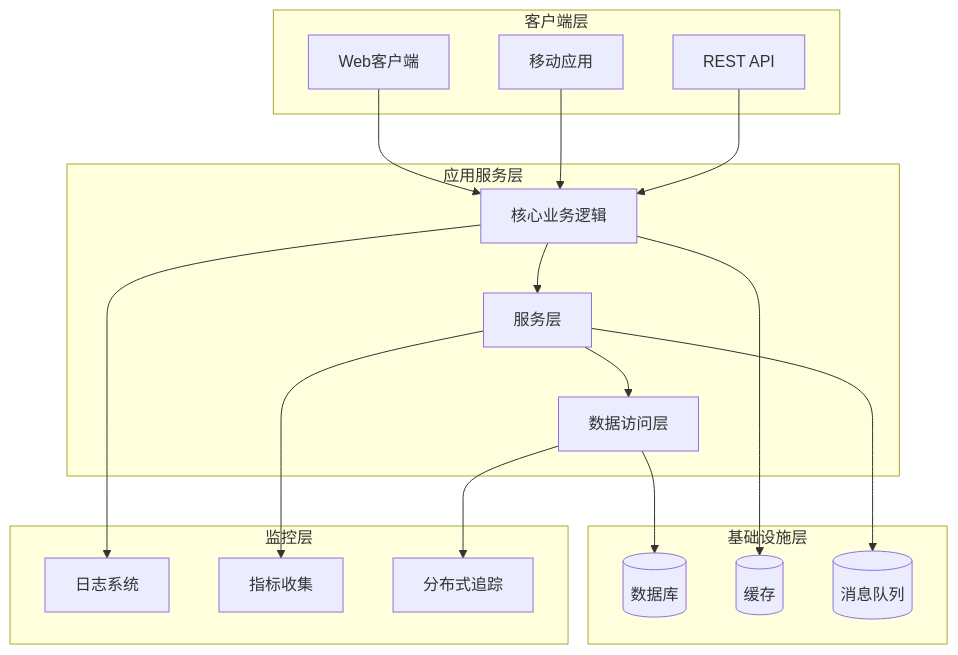
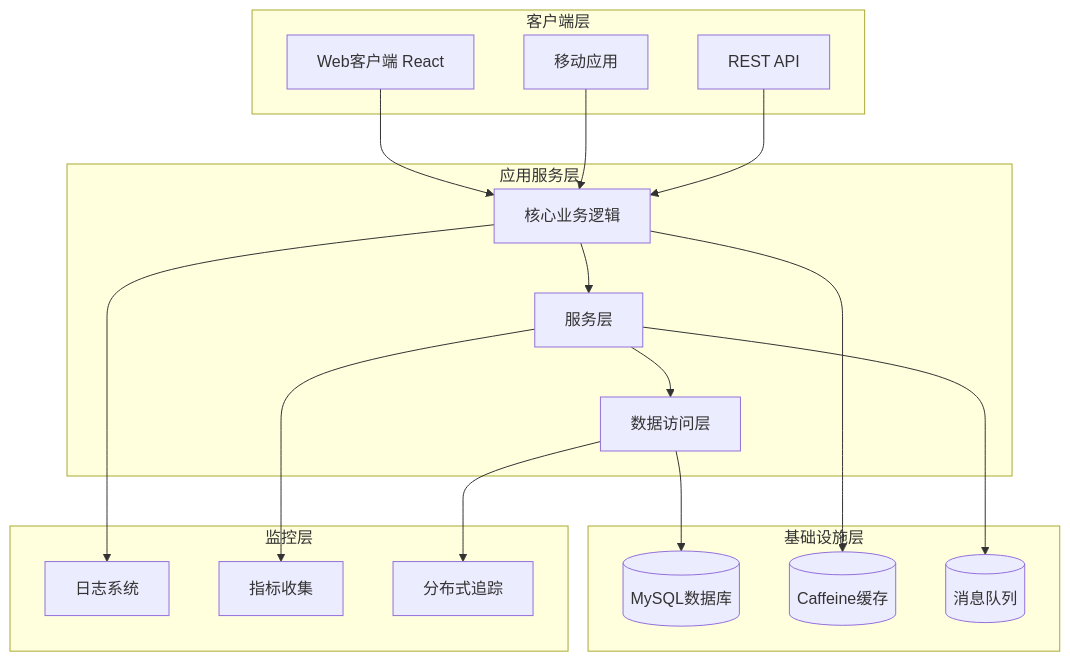
One commit to gree-coder/fund-butler changed the third of 5 diagrams in .qoder/repowiki/zh/content/部署指南.md. Above: the diagram before and after it, drawn with Mermaid. The commit also changed other lines of this file and 10 other files, not shown here.

````diff
--- a/.qoder/repowiki/zh/content/部署指南.md
+++ b/.qoder/repowiki/zh/content/部署指南.md
@@ -117,34 +137,34 @@
 ```mermaid
 graph TB
 subgraph "客户端层"
-Web[Web客户端]
+Web[Web客户端 React]
 Mobile[移动应用]
 API[REST API]
 end
 subgraph "应用服务层"
 Core[核心业务逻辑]
 Service[服务层]
 Repository[数据访问层]
 end
 subgraph "基础设施层"
-DB[(数据库)]
-Cache[(缓存)]
+DB[(MySQL数据库)]
+Cache[(Caffeine缓存)]
 MQ[(消息队列)]
 end
 subgraph "监控层"
 Logs[日志系统]
 Metrics[指标收集]
 Tracing[分布式追踪]
 end
 Web --> Core
 Mobile --> Core
 API --> Core
 Core --> Service
 Service --> Repository
 Repository --> DB
 Core --> Cache
 Service --> MQ
 Core --> Logs
 Service --> Metrics
 Repository --> Tracing
 ```
````
